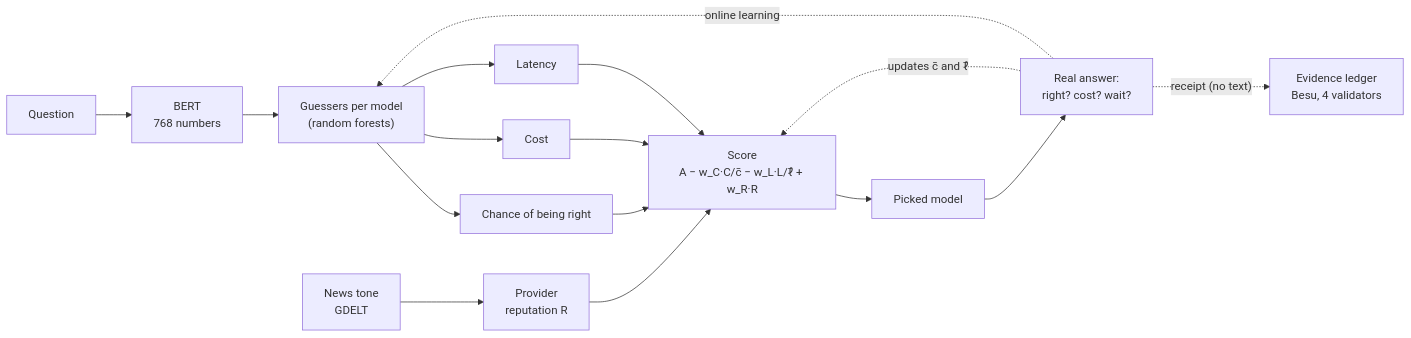
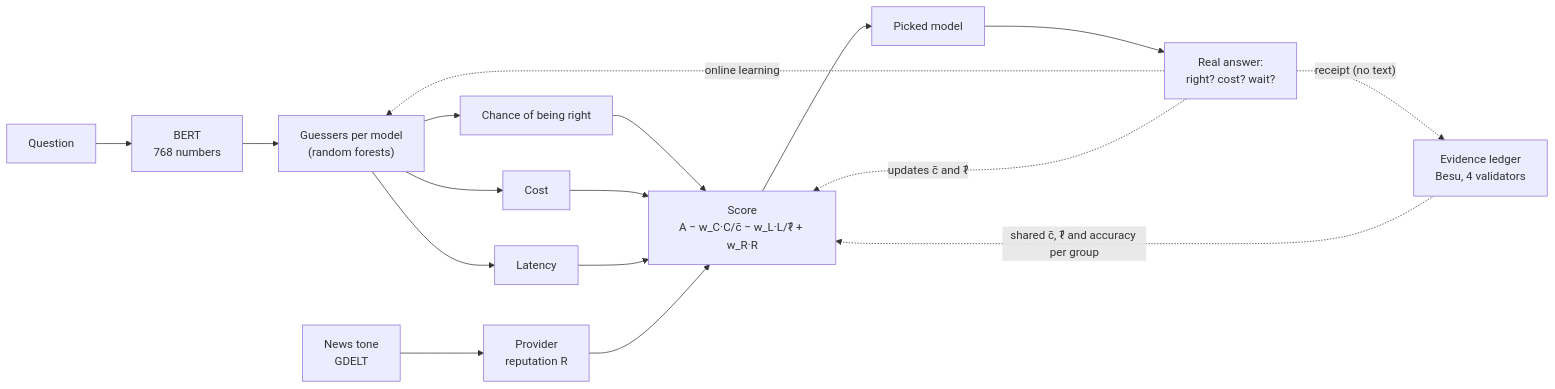
The diagram in README.md (yigitskaplan/ChainRouteLLM), drawn with Mermaid before and after one commit. The commit also changed other lines of this file and 10 other files, not shown here.

````diff
--- a/README.md
+++ b/README.md
@@ -25,15 +25,16 @@
 ```mermaid
 flowchart LR
     Q[Question] --> B[BERT<br/>768 numbers]
     B --> G["Guessers per model<br/>(random forests)"]
     G --> A[Chance of being right]
     G --> C[Cost]
     G --> L[Latency]
     N[News tone<br/>GDELT] --> R[Provider<br/>reputation R]
     A & C & L & R --> S["Score<br/>A − w_C·C/c̄ − w_L·L/ℓ̄ + w_R·R"]
     S --> M[Picked model]
     M --> E["Real answer:<br/>right? cost? wait?"]
     E -. online learning .-> G
     E -. updates c̄ and ℓ̄ .-> S
     E -. "receipt (no text)" .-> LG["Evidence ledger<br/>Besu, 4 validators"]
+    LG -. "shared c̄, ℓ̄ and accuracy per group" .-> S
 ```
````
